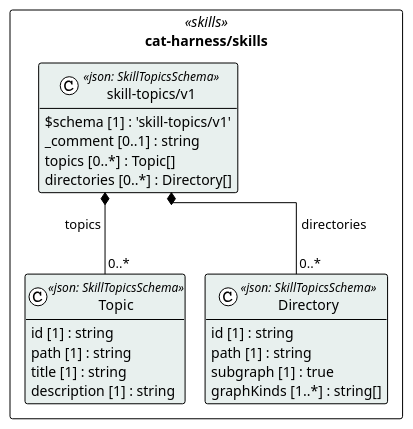
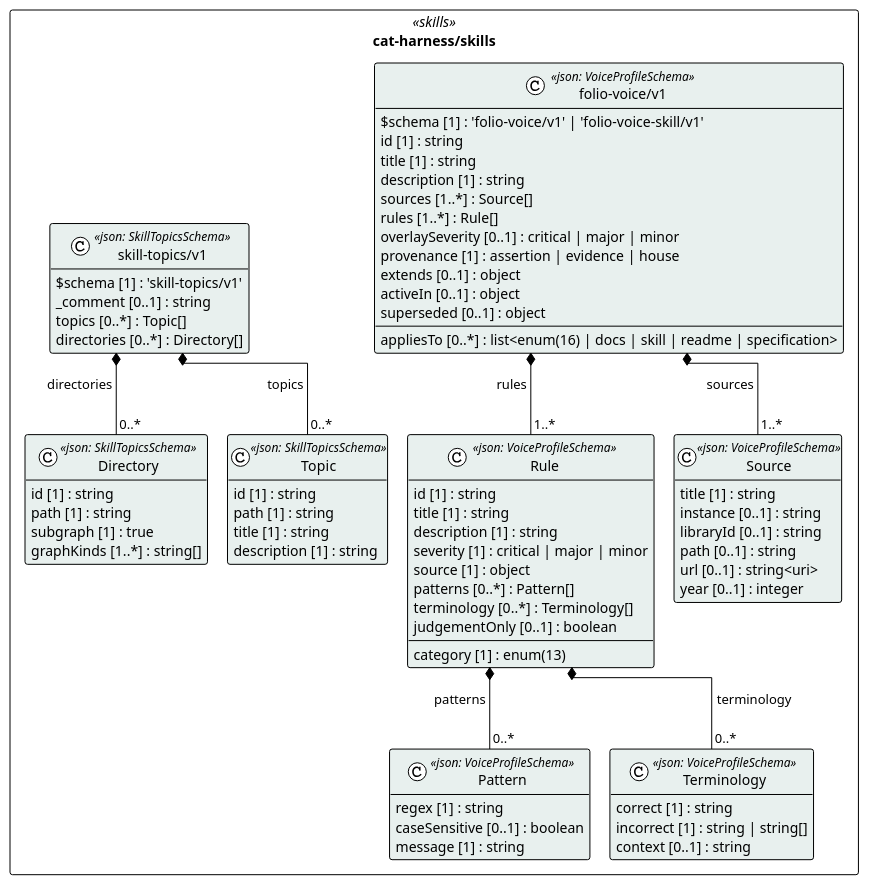
One commit to litlfred/folio-assistant changed the diagram in cat-harness/uml/overview/cat-harness/skills.puml. Above: the diagram before and after it, drawn with PlantUML. The commit also changed 316 other files, not shown here.

```diff
--- a/cat-harness/uml/overview/cat-harness/skills.puml
+++ b/cat-harness/uml/overview/cat-harness/skills.puml
@@ -3,32 +3,79 @@
 @startuml cat_harness_skills
 !pragma layout elk
 !theme plain
 skinparam classAttributeIconSize 0
 skinparam shadowing false
 skinparam packageStyle rectangle
 hide empty methods
 
 package "cat-harness/skills" as pkg_cat_harness_skills <<skills>> {
+  class "Source" as cat_harness_skills_folio_voice_v1_Source <<json: VoiceProfileSchema>> #e8f0ee {
+    title [1] : string
+    instance [0..1] : string
+    libraryId [0..1] : string
+    path [0..1] : string
+    url [0..1] : string<uri>
+    year [0..1] : integer
+  }
+  class "Pattern" as cat_harness_skills_folio_voice_v1_Pattern <<json: VoiceProfileSchema>> #e8f0ee {
+    regex [1] : string
+    caseSensitive [0..1] : boolean
+    message [1] : string
+  }
+  class "Terminology" as cat_harness_skills_folio_voice_v1_Terminology <<json: VoiceProfileSchema>> #e8f0ee {
+    correct [1] : string
+    incorrect [1] : string | string[]
+    context [0..1] : string
+  }
+  class "Rule" as cat_harness_skills_folio_voice_v1_Rule <<json: VoiceProfileSchema>> #e8f0ee {
+    id [1] : string
+    title [1] : string
+    description [1] : string
+    category [1] : enum(13)
+    severity [1] : critical | major | minor
+    source [1] : object
+    patterns [0..*] : Pattern[]
+    terminology [0..*] : Terminology[]
+    judgementOnly [0..1] : boolean
+  }
+  class "folio-voice/v1" as cat_harness_skills_folio_voice_v1_folio_voice_v1 <<json: VoiceProfileSchema>> #e8f0ee {
+    $schema [1] : 'folio-voice/v1' | 'folio-voice-skill/v1'
+    id [1] : string
+    title [1] : string
+    description [1] : string
+    sources [1..*] : Source[]
+    rules [1..*] : Rule[]
+    overlaySeverity [0..1] : critical | major | minor
+    appliesTo [0..*] : list<enum(16) | docs | skill | readme | specification>
+    provenance [1] : assertion | evidence | house
+    extends [0..1] : object
+    activeIn [0..1] : object
+    superseded [0..1] : object
+  }
   class "Topic" as cat_harness_skills_skill_topics_v1_Topic <<json: SkillTopicsSchema>> #e8f0ee {
     id [1] : string
     path [1] : string
     title [1] : string
     description [1] : string
   }
   class "Directory" as cat_harness_skills_skill_topics_v1_Directory <<json: SkillTopicsSchema>> #e8f0ee {
     id [1] : string
     path [1] : string
     subgraph [1] : true
     graphKinds [1..*] : string[]
   }
   class "skill-topics/v1" as cat_harness_skills_skill_topics_v1_skill_topics_v1 <<json: SkillTopicsSchema>> #e8f0ee {
     $schema [1] : 'skill-topics/v1'
     _comment [0..1] : string
     topics [0..*] : Topic[]
     directories [0..*] : Directory[]
   }
 }
 
+cat_harness_skills_folio_voice_v1_folio_voice_v1 *-- "1..*" cat_harness_skills_folio_voice_v1_Source : sources
+cat_harness_skills_folio_voice_v1_Rule *-- "0..*" cat_harness_skills_folio_voice_v1_Pattern : patterns
+cat_harness_skills_folio_voice_v1_Rule *-- "0..*" cat_harness_skills_folio_voice_v1_Terminology : terminology
+cat_harness_skills_folio_voice_v1_folio_voice_v1 *-- "1..*" cat_harness_skills_folio_voice_v1_Rule : rules
 cat_harness_skills_skill_topics_v1_skill_topics_v1 *-- "0..*" cat_harness_skills_skill_topics_v1_Topic : topics
 cat_harness_skills_skill_topics_v1_skill_topics_v1 *-- "0..*" cat_harness_skills_skill_topics_v1_Directory : directories
 @enduml
```
